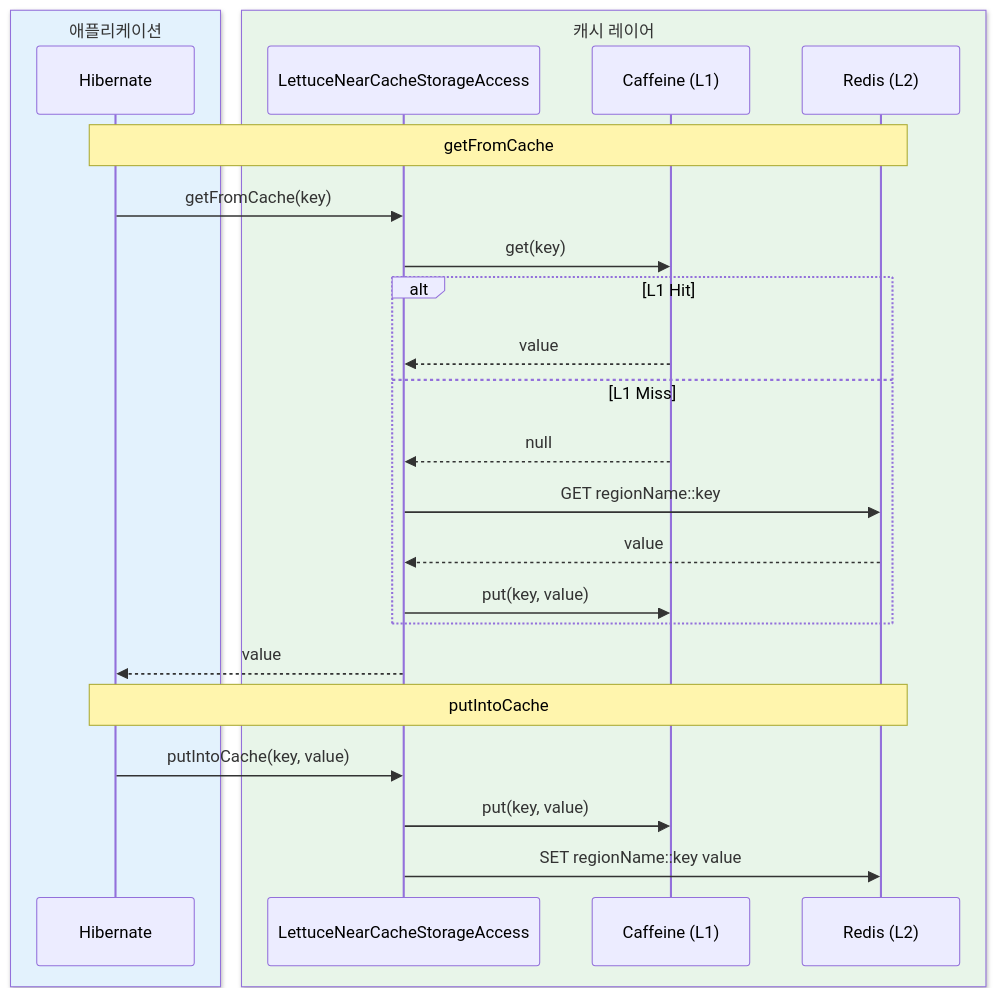
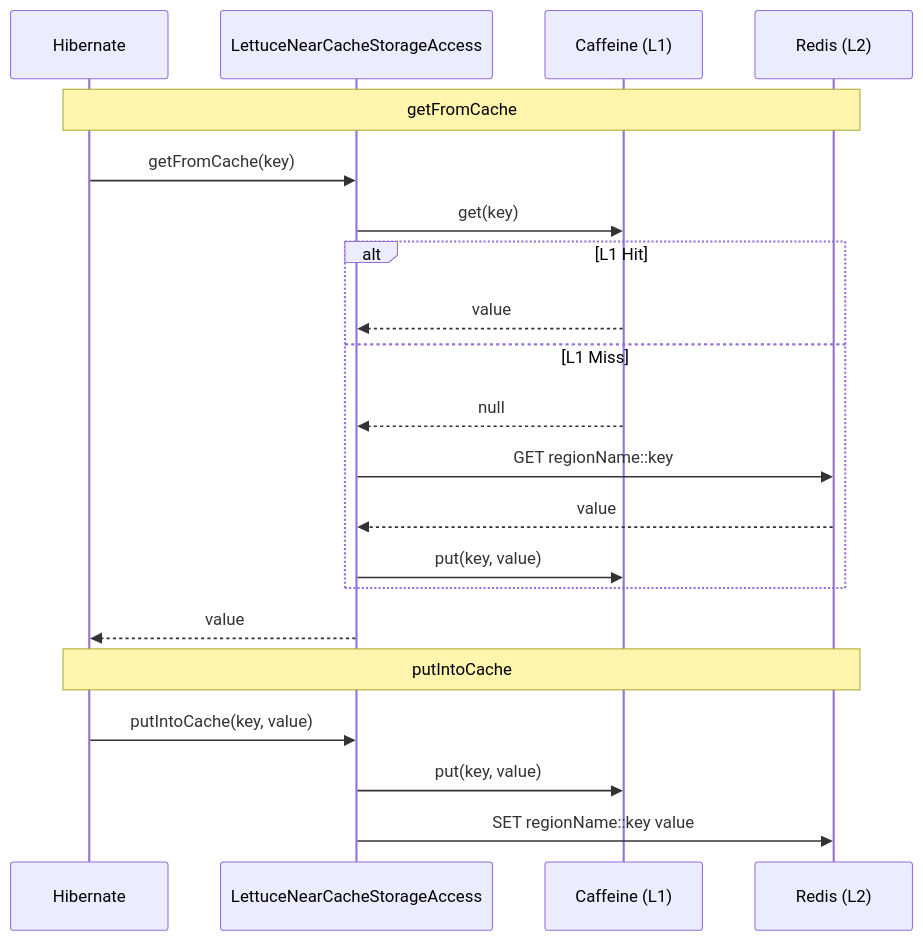
The third of 3 diagrams in data/hibernate-cache-lettuce/README.ko.md (bluetape4k/bluetape4k-projects), drawn with Mermaid before and after one commit. The commit also changed other lines of this file and 219 other files, not shown here.

First line of the commit message:
docs: 전체 README Mermaid 다이어그램 가이드 적용

````diff
--- a/data/hibernate-cache-lettuce/README.ko.md
+++ b/data/hibernate-cache-lettuce/README.ko.md
@@ -185,29 +185,25 @@
 ```mermaid
 sequenceDiagram
-    box rgb(227, 242, 253) 애플리케이션
         participant Hibernate
-    end
-    box rgb(232, 245, 233) 캐시 레이어
         participant Storage as LettuceNearCacheStorageAccess
         participant L1 as Caffeine (L1)
         participant L2 as Redis (L2)
-    end
 
     Note over Hibernate,L2: getFromCache
     Hibernate->>Storage: getFromCache(key)
     Storage->>L1: get(key)
     alt L1 Hit
         L1-->>Storage: value
     else L1 Miss
         L1-->>Storage: null
         Storage->>L2: GET regionName::key
         L2-->>Storage: value
         Storage->>L1: put(key, value)
     end
     Storage-->>Hibernate: value
 
     Note over Hibernate,L2: putIntoCache
     Hibernate->>Storage: putIntoCache(key, value)
     Storage->>L1: put(key, value)
     Storage->>L2: SET regionName::key value
 ```
````
